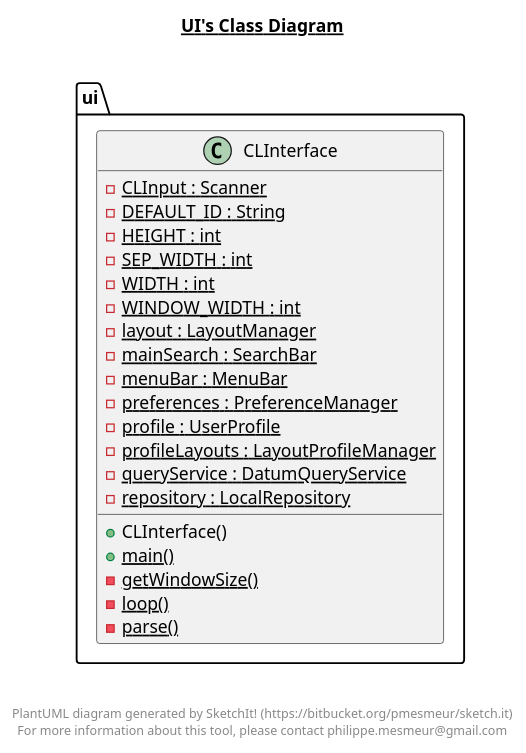
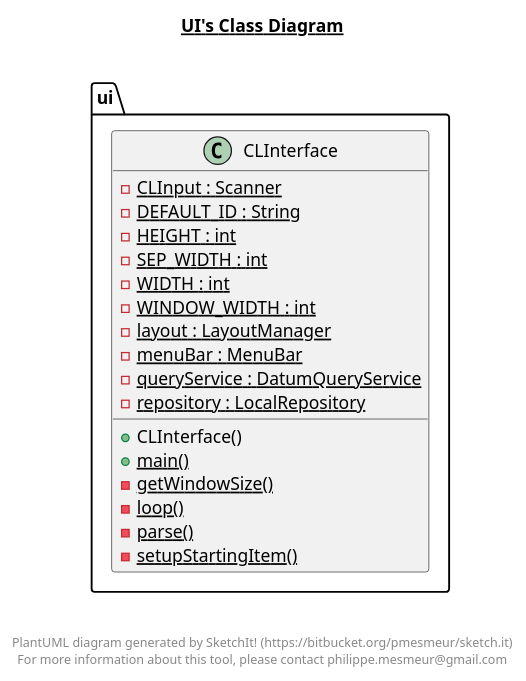
The diagram in src/main/ui/ui.plantuml (Bryce-MW/WikidataExplorer), drawn with PlantUML before and after one commit. The commit also changed 28 other files, not shown here.

Commit message:
Tested about as much as can reasonably be done without a lot of reflection. I've also updated diagrams, added an image diagram to the top level and a screenshot of my original UI design to the top level.

```diff
--- a/src/main/ui/ui.plantuml
+++ b/src/main/ui/ui.plantuml
@@ -1,39 +1,36 @@
 @startuml
 
 title __UI's Class Diagram__\n
 
   namespace ui {
     class ui.CLInterface {
         {static} - CLInput : Scanner
         {static} - DEFAULT_ID : String
         {static} - HEIGHT : int
         {static} - SEP_WIDTH : int
         {static} - WIDTH : int
         {static} - WINDOW_WIDTH : int
         {static} - layout : LayoutManager
-        {static} - mainSearch : SearchBar
         {static} - menuBar : MenuBar
-        {static} - preferences : PreferenceManager
-        {static} - profile : UserProfile
-        {static} - profileLayouts : LayoutProfileManager
         {static} - queryService : DatumQueryService
         {static} - repository : LocalRepository
         + CLInterface()
         {static} + main()
         {static} - getWindowSize()
         {static} - loop()
         {static} - parse()
+        {static} - setupStartingItem()
     }
   }
   
 
 
 
 right footer
 
 
 PlantUML diagram generated by SketchIt! (https://bitbucket.org/pmesmeur/sketch.it)
 For more information about this tool, please contact philippe.mesmeur@gmail.com
 endfooter
 
 @enduml
```
